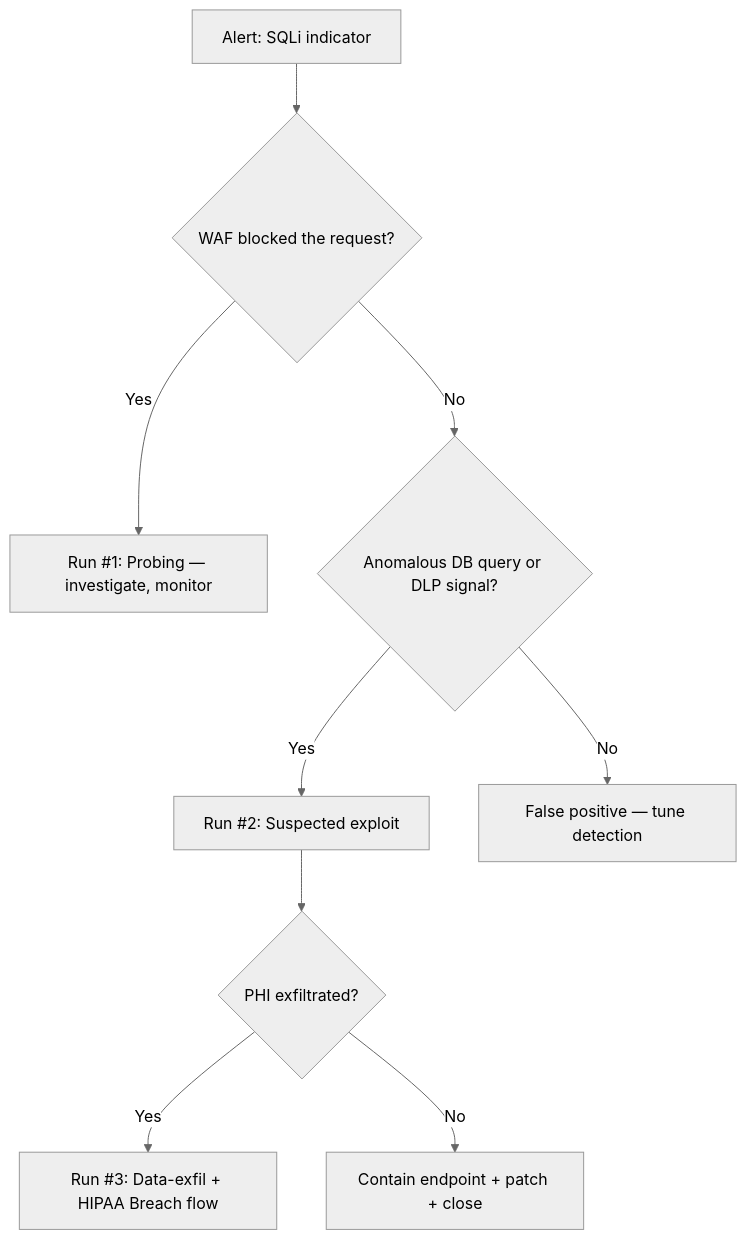
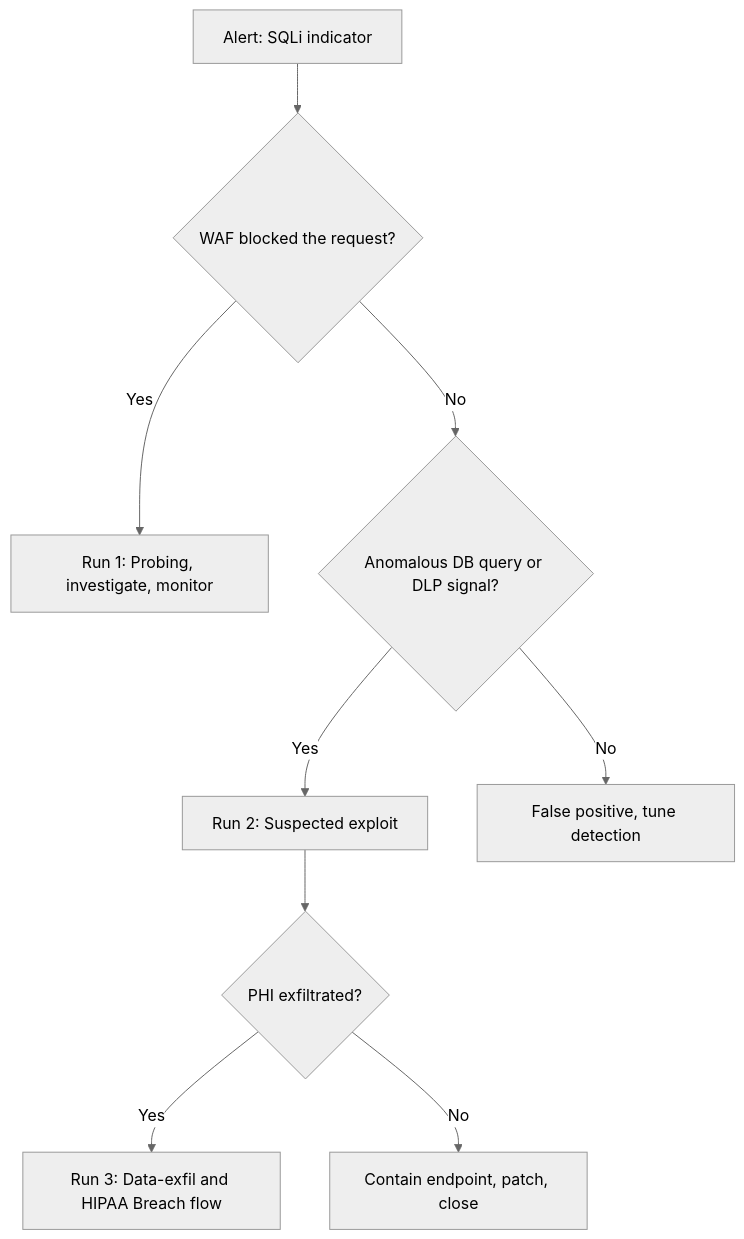
The diagram in Attack Scenario 3/Runbook.md (DhillanC/Thread-Modeling-DCS-CareConnect), drawn with Mermaid (neutral theme) before and after one commit. The commit also changed 10 other files, not shown here.

First line of the commit message:
fix: make all Mermaid diagrams compatible with GitHub/VSCode preview parser

````diff
--- a/Attack Scenario 3/Runbook.md
+++ b/Attack Scenario 3/Runbook.md
@@ -25,11 +25,11 @@
 ```mermaid
 flowchart TD
-    A[Alert: SQLi indicator] --> B{WAF blocked the request?}
-    B -- "Yes" --> C[Run #1: Probing — investigate, monitor]
-    B -- "No" --> D{Anomalous DB query or DLP signal?}
-    D -- "Yes" --> E[Run #2: Suspected exploit]
-    D -- "No" --> F[False positive — tune detection]
-    E --> G{PHI exfiltrated?}
-    G -- "Yes" --> H[Run #3: Data-exfil + HIPAA Breach flow]
-    G -- "No" --> I[Contain endpoint + patch + close]
+    Alert[Alert: SQLi indicator] --> Q1{WAF blocked the request?}
+    Q1 -->|Yes| Run1[Run 1: Probing, investigate, monitor]
+    Q1 -->|No| Q2{Anomalous DB query or DLP signal?}
+    Q2 -->|Yes| Run2[Run 2: Suspected exploit]
+    Q2 -->|No| FalsePos[False positive, tune detection]
+    Run2 --> Q3{PHI exfiltrated?}
+    Q3 -->|Yes| Run3[Run 3: Data-exfil and HIPAA Breach flow]
+    Q3 -->|No| Close[Contain endpoint, patch, close]
 ```
````
